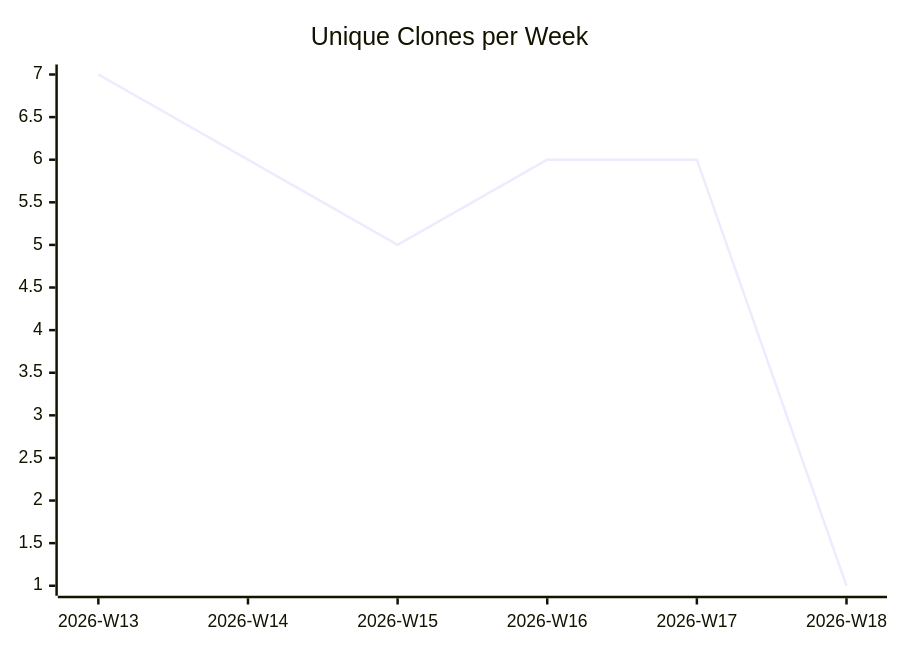
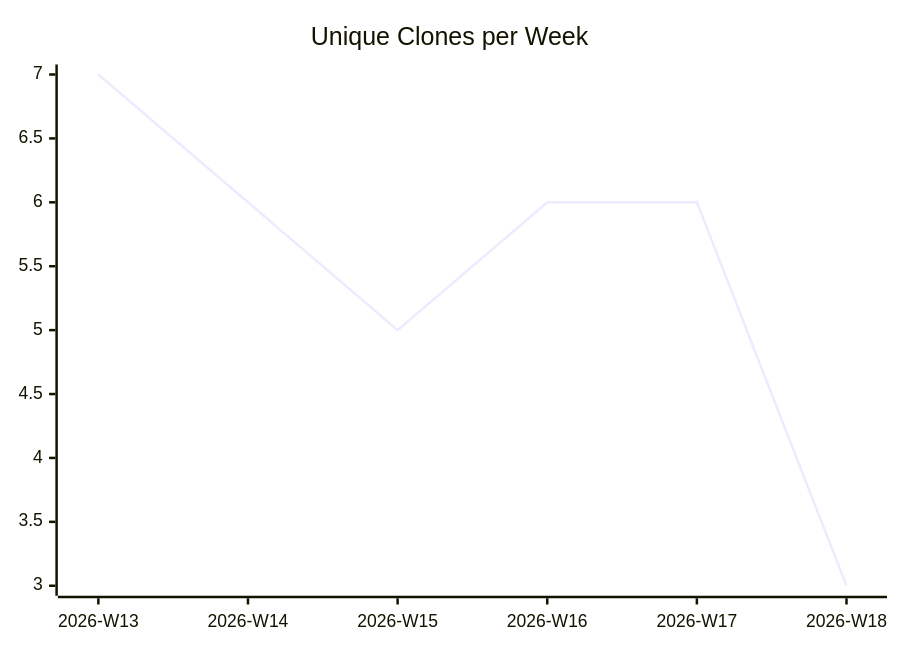
The third of 3 diagrams in karlmdavis/lego-ev3dev-rs/README.md (justdavis-family/github-analytics-data), drawn with Mermaid before and after one commit. The commit also changed other lines of this file and 184 other files, not shown here.

````diff
--- a/karlmdavis/lego-ev3dev-rs/README.md
+++ b/karlmdavis/lego-ev3dev-rs/README.md
@@ -19,6 +19,6 @@
 ```mermaid
 xychart-beta
   title "Unique Clones per Week"
   x-axis ["2026-W13", "2026-W14", "2026-W15", "2026-W16", "2026-W17", "2026-W18"]
-  line [7, 6, 5, 6, 6, 1]
+  line [7, 6, 5, 6, 6, 3]
 ```
````
